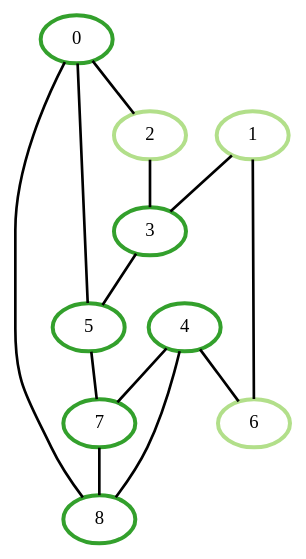
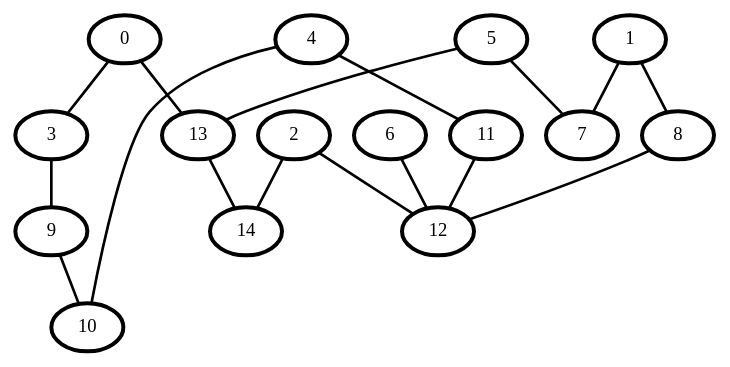
Before and after one commit to RobvEmous/Mod7Group2: the diagram in GI/Results/colorful_1.dot, drawn with Graphviz. The commit also changed 7 other files, not shown here.

```diff
--- a/GI/Results/colorful_1.dot
+++ b/GI/Results/colorful_1.dot
@@ -1,24 +1,34 @@
 graph G {
-    0 [penwidth=3,color=4, colorscheme=paired12]
-    1 [penwidth=3,color=3, colorscheme=paired12]
-    2 [penwidth=3,color=3, colorscheme=paired12]
-    3 [penwidth=3,color=4, colorscheme=paired12]
-    4 [penwidth=3,color=4, colorscheme=paired12]
-    5 [penwidth=3,color=4, colorscheme=paired12]
-    6 [penwidth=3,color=3, colorscheme=paired12]
-    7 [penwidth=3,color=4, colorscheme=paired12]
-    8 [penwidth=3,color=4, colorscheme=paired12]
+    0 [penwidth=3]
+    1 [penwidth=3]
+    2 [penwidth=3]
+    3 [penwidth=3]
+    4 [penwidth=3]
+    5 [penwidth=3]
+    6 [penwidth=3]
+    7 [penwidth=3]
+    8 [penwidth=3]
+    9 [penwidth=3]
+    10 [penwidth=3]
+    11 [penwidth=3]
+    12 [penwidth=3]
+    13 [penwidth=3]
+    14 [penwidth=3]
 
-    7--8 [penwidth=2]
-    1--6 [penwidth=2]
-    4--6 [penwidth=2]
-    0--8 [penwidth=2]
-    3--5 [penwidth=2]
+    6--12 [penwidth=2]
+    8--12 [penwidth=2]
+    4--10 [penwidth=2]
+    11--12 [penwidth=2]
+    0--3 [penwidth=2]
+    4--11 [penwidth=2]
+    1--8 [penwidth=2]
     5--7 [penwidth=2]
-    0--5 [penwidth=2]
-    4--8 [penwidth=2]
-    2--3 [penwidth=2]
-    0--2 [penwidth=2]
-    1--3 [penwidth=2]
-    4--7 [penwidth=2]
+    13--14 [penwidth=2]
+    0--13 [penwidth=2]
+    2--14 [penwidth=2]
+    5--13 [penwidth=2]
+    3--9 [penwidth=2]
+    1--7 [penwidth=2]
+    2--12 [penwidth=2]
+    9--10 [penwidth=2]
 }
```
